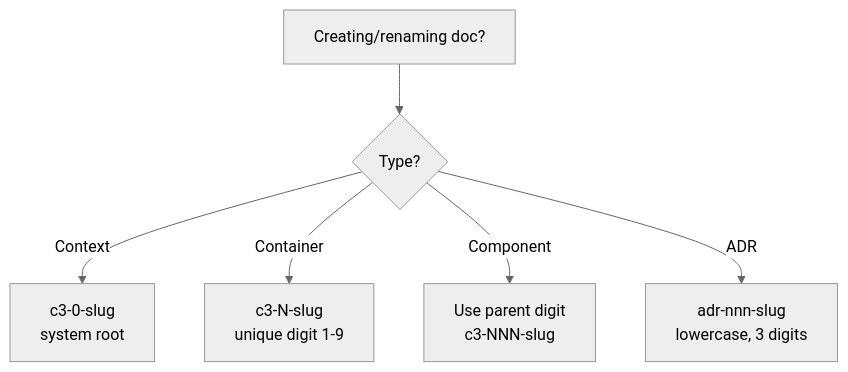
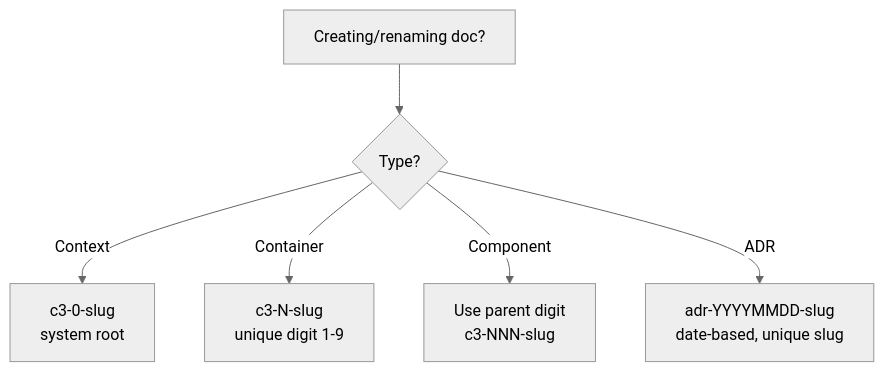
The diagram in skills/c3-naming/SKILL.md (lagz0ne/c3-skill), drawn with Mermaid (neutral theme) before and after one commit. The commit also changed other lines of this file, not shown here.

Commit message:
docs: update c3-naming skill for date-based ADR naming

````diff
--- a/skills/c3-naming/SKILL.md
+++ b/skills/c3-naming/SKILL.md
@@ -58,8 +64,8 @@
 ```mermaid
 flowchart TD
     Need[Creating/renaming doc?] --> Type{Type?}
     Type -->|Context| Ctx[c3-0-slug<br/>system root]
     Type -->|Container| Con[c3-N-slug<br/>unique digit 1-9]
     Type -->|Component| Com[Use parent digit<br/>c3-NNN-slug]
-    Type -->|ADR| Adr[adr-nnn-slug<br/>lowercase, 3 digits]
+    Type -->|ADR| Adr[adr-YYYYMMDD-slug<br/>date-based, unique slug]
 ```
````
